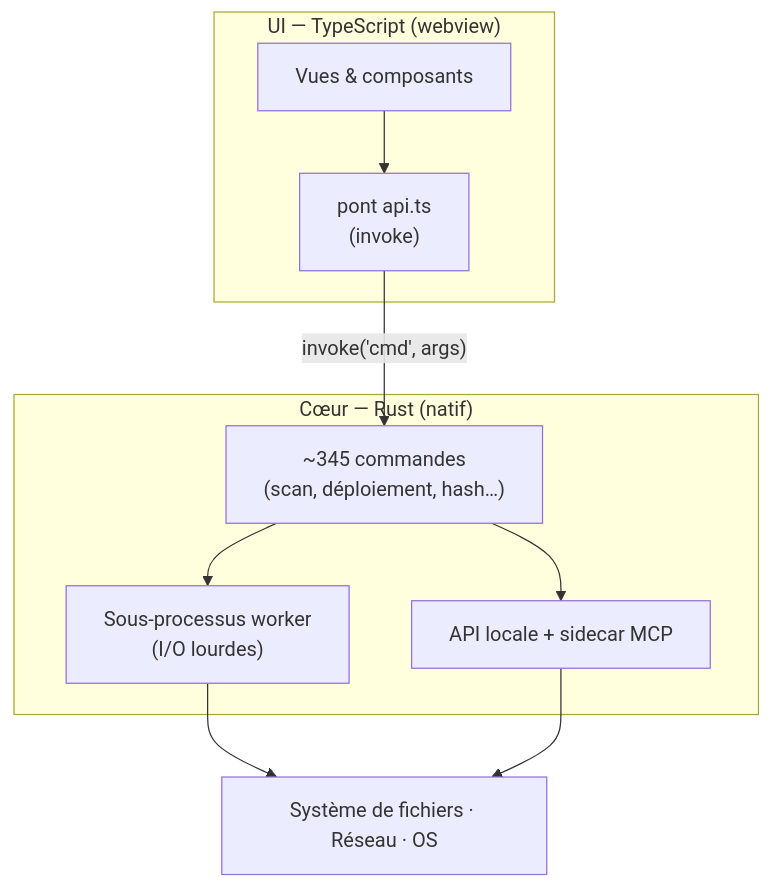
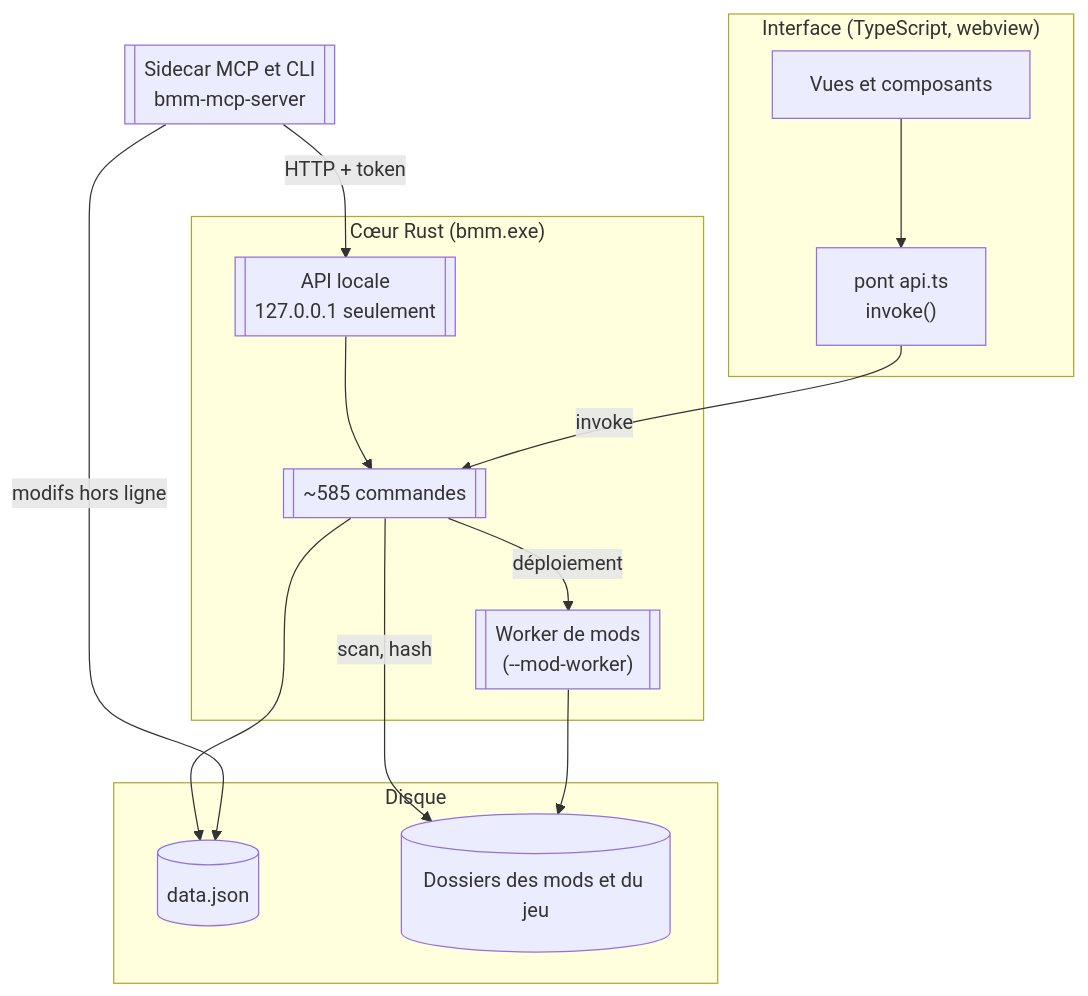
The diagram in frontend/assets/docs/fr/how-it-works/architecture.md (FreeProject089/BetterModsManager), drawn with Mermaid before and after one commit. The commit also changed 176 other files, not shown here.

````diff
--- a/frontend/assets/docs/fr/how-it-works/architecture.md
+++ b/frontend/assets/docs/fr/how-it-works/architecture.md
@@ -14,19 +14,24 @@
 ```mermaid
-flowchart TB
-    subgraph UI["UI — TypeScript (webview)"]
-        VIEWS["Vues &amp; composants"]
-        BRIDGE["pont api.ts<br/>(invoke)"]
+flowchart TD
+    subgraph UI["Interface (TypeScript, webview)"]
+        VIEWS["Vues et composants"] --> BRIDGE["pont api.ts<br/>invoke()"]
     end
-    subgraph CORE["Cœur — Rust (natif)"]
-        CMDS["~345 commandes<br/>(scan, déploiement, hash…)"]
-        WORK["Sous-processus worker<br/>(I/O lourdes)"]
-        HTTP["API locale + sidecar MCP"]
+    subgraph CORE["Cœur Rust (bmm.exe)"]
+        CMDS[["~585 commandes"]]
+        API[["API locale<br/>127.0.0.1 seulement"]]
+        WORK[["Worker de mods<br/>(--mod-worker)"]]
     end
-    OS["Système de fichiers · Réseau · OS"]
-
-    VIEWS --> BRIDGE
-    BRIDGE -- "invoke('cmd', args)" --> CMDS
-    CMDS --> WORK --> OS
-    CMDS --> HTTP
-    HTTP --> OS
+    MCP[["Sidecar MCP et CLI<br/>bmm-mcp-server"]]
+    subgraph DISK["Disque"]
+        DATA[("data.json")]
+        FILES[("Dossiers des mods et du jeu")]
+    end
+    BRIDGE -- "invoke" --> CMDS
+    API --> CMDS
+    MCP -- "HTTP + token" --> API
+    MCP -- "modifs hors ligne" --> DATA
+    CMDS --> DATA
+    CMDS -- "déploiement" --> WORK
+    WORK --> FILES
+    CMDS -- "scan, hash" --> FILES
 ```
````
